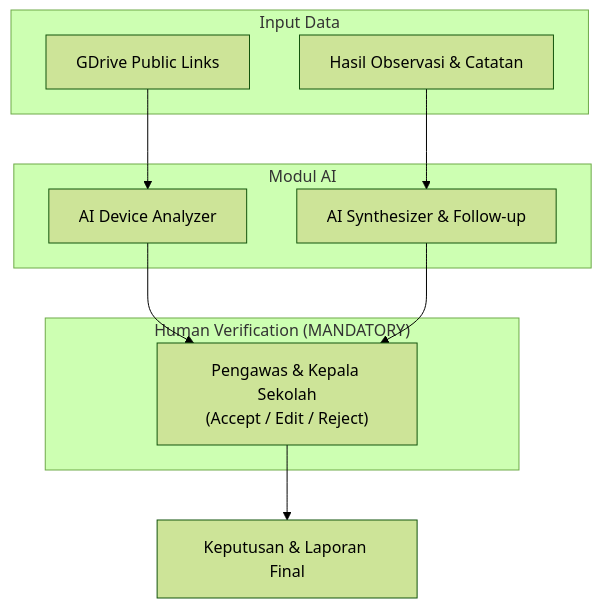
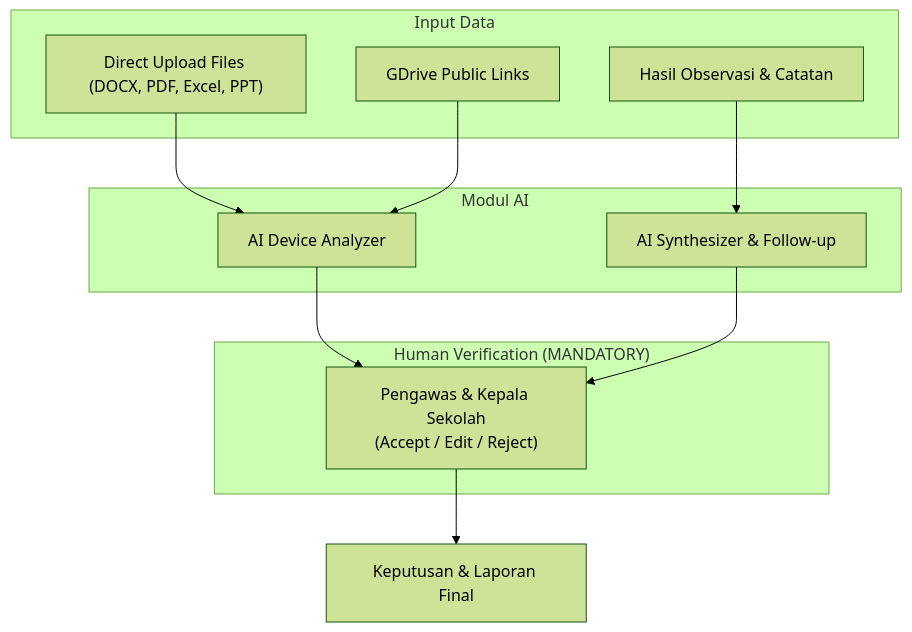
The first of 2 diagrams in docs/07-sistem-ai-dan-verifikasi.md (Hnzsama/supervisi_sekolah), drawn with Mermaid (forest theme) before and after one commit. The commit also changed other lines of this file and 13 other files, not shown here.

````diff
--- a/docs/07-sistem-ai-dan-verifikasi.md
+++ b/docs/07-sistem-ai-dan-verifikasi.md
@@ -7,22 +7,24 @@
 ```mermaid
 flowchart TD
     subgraph INPUTS["Input Data"]
+        UPL["Direct Upload Files (DOCX, PDF, Excel, PPT)"]
         GDF["GDrive Public Links"]
         OBS["Hasil Observasi & Catatan"]
     end
 
     subgraph AI_MODULES["Modul AI"]
         AID["AI Device Analyzer"]
         AIS["AI Synthesizer & Follow-up"]
     end
 
     subgraph HITL["Human Verification (MANDATORY)"]
         REV["Pengawas & Kepala Sekolah<br/>(Accept / Edit / Reject)"]
     end
 
+    UPL --> AID
     GDF --> AID
     OBS --> AIS
     AID --> REV
     AIS --> REV
     REV --> FIN["Keputusan & Laporan Final"]
 ```
````
